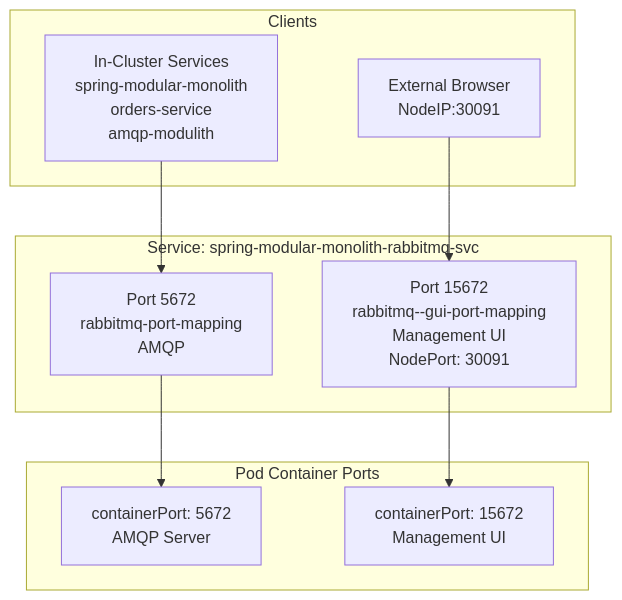
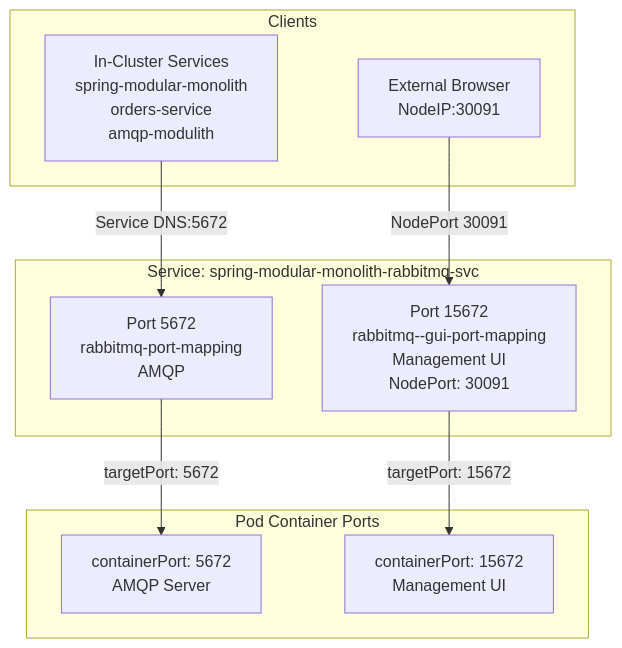
The second of 4 diagrams in docs/deepwiki/RabbitMQ-Kubernetes-Deployment.md (philipz/spring-modular-monolith), drawn with Mermaid before and after one commit. The commit also changed other lines of this file and 55 other files, not shown here.

````diff
--- a/docs/deepwiki/RabbitMQ-Kubernetes-Deployment.md
+++ b/docs/deepwiki/RabbitMQ-Kubernetes-Deployment.md
@@ -129,30 +129,30 @@
 ```mermaid
 flowchart TD
 
 Port5672["Port 5672<br>rabbitmq-port-mapping<br>AMQP"]
 Port15672["Port 15672<br>rabbitmq--gui-port-mapping<br>Management UI<br>NodePort: 30091"]
 ContainerPort5672["containerPort: 5672<br>AMQP Server"]
 ContainerPort15672["containerPort: 15672<br>Management UI"]
 InternalClient["In-Cluster Services<br>spring-modular-monolith<br>orders-service<br>amqp-modulith"]
 ExternalClient["External Browser<br>NodeIP:30091"]
 
-InternalClient --> Port5672
-Port5672 --> ContainerPort5672
-ExternalClient --> Port15672
-Port15672 --> ContainerPort15672
+InternalClient -->|"Service DNS:5672"| Port5672
+Port5672 -->|"targetPort: 5672"| ContainerPort5672
+ExternalClient -->|"NodePort 30091"| Port15672
+Port15672 -->|"targetPort: 15672"| ContainerPort15672
 
 subgraph Clients ["Clients"]
     InternalClient
     ExternalClient
 end
 
 subgraph subGraph1 ["Pod Container Ports"]
     ContainerPort5672
     ContainerPort15672
 end
 
 subgraph subGraph0 ["Service: spring-modular-monolith-rabbitmq-svc"]
     Port5672
     Port15672
 end
 ```
````
